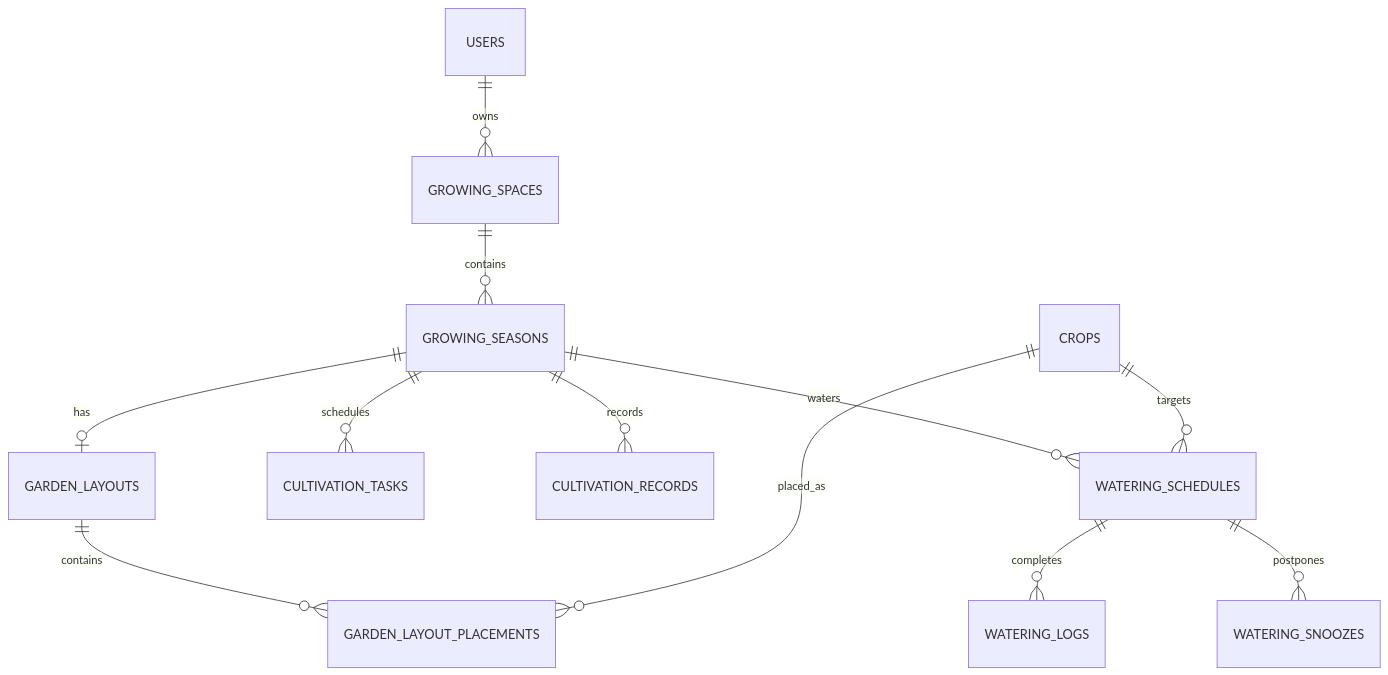
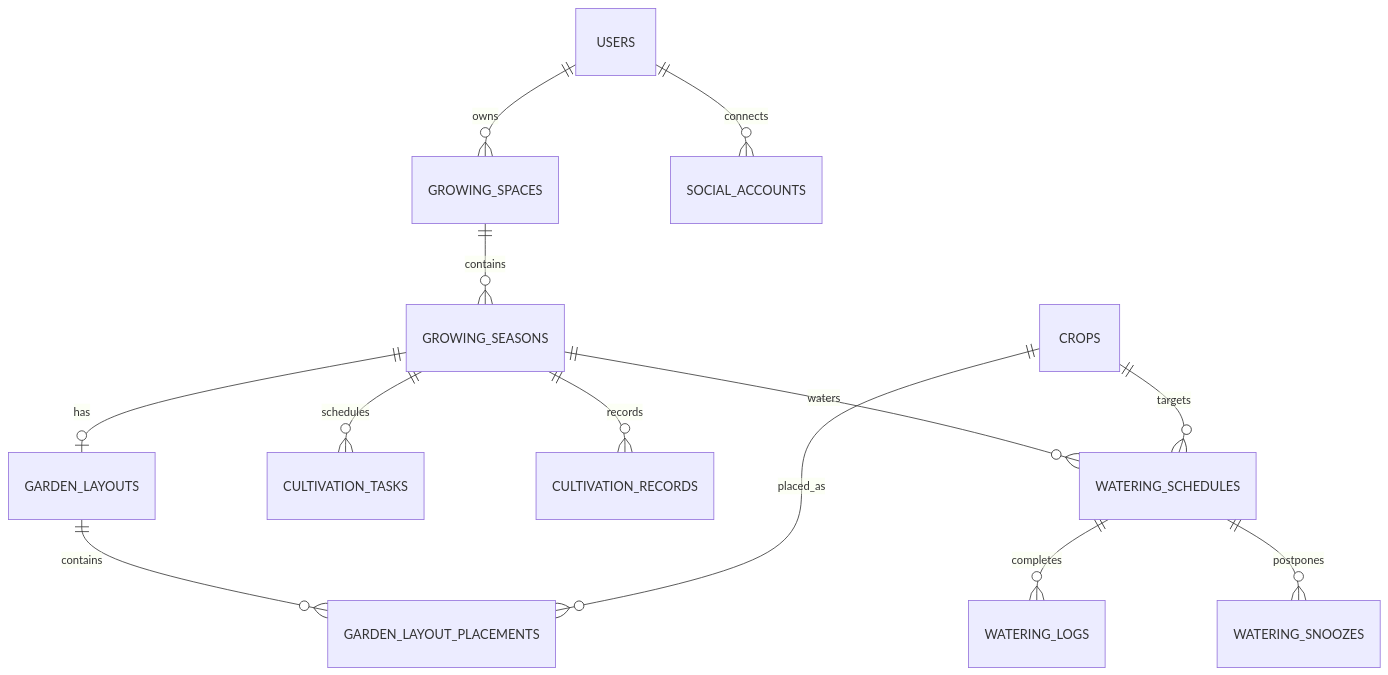
The diagram in docs/ARCHITECTURE.md (vegetable-garden-planner/vegetable-garden-planner), drawn with Mermaid before and after one commit. The commit also changed other lines of this file and 18 other files, not shown here.

````diff
--- a/docs/ARCHITECTURE.md
+++ b/docs/ARCHITECTURE.md
@@ -108,14 +110,15 @@
 ```mermaid
 erDiagram
     USERS ||--o{ GROWING_SPACES : owns
+    USERS ||--o{ SOCIAL_ACCOUNTS : connects
     GROWING_SPACES ||--o{ GROWING_SEASONS : contains
     GROWING_SEASONS ||--o| GARDEN_LAYOUTS : has
     GARDEN_LAYOUTS ||--o{ GARDEN_LAYOUT_PLACEMENTS : contains
     CROPS ||--o{ GARDEN_LAYOUT_PLACEMENTS : placed_as
     GROWING_SEASONS ||--o{ CULTIVATION_TASKS : schedules
     GROWING_SEASONS ||--o{ CULTIVATION_RECORDS : records
     GROWING_SEASONS ||--o{ WATERING_SCHEDULES : waters
     CROPS ||--o{ WATERING_SCHEDULES : targets
     WATERING_SCHEDULES ||--o{ WATERING_LOGS : completes
     WATERING_SCHEDULES ||--o{ WATERING_SNOOZES : postpones
 ```
````
